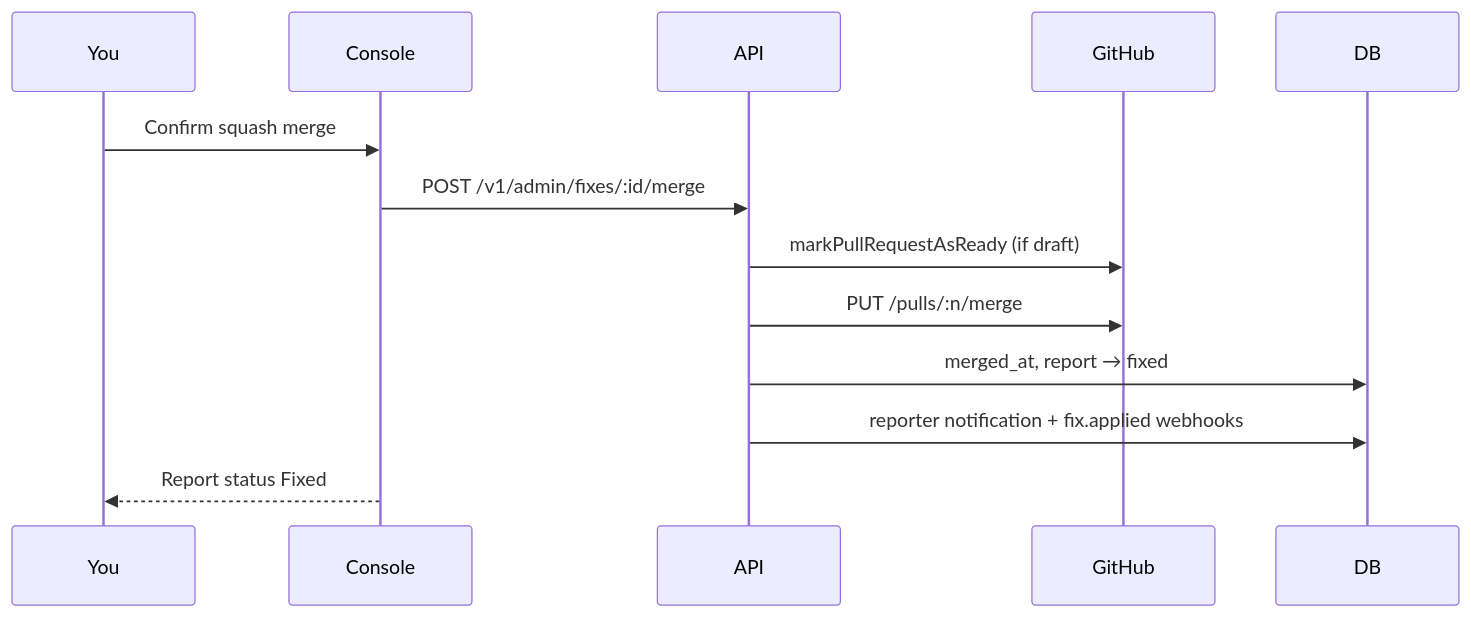
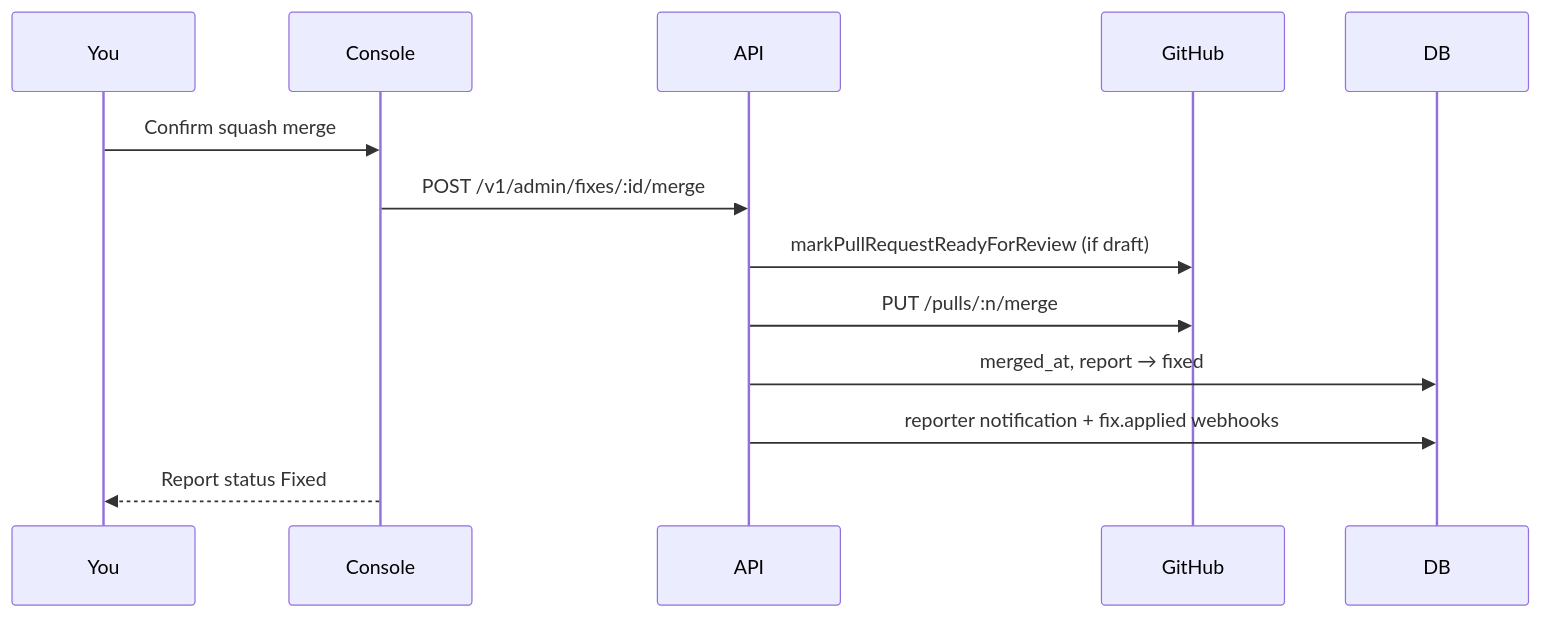
One commit to kensaurus/mushi-mushi changed the diagram in apps/docs/content/admin/fixes.mdx. Above: the diagram before and after it, drawn with Mermaid. The commit also changed other lines of this file and 8 other files, not shown here.

First line of the commit message:
fix(github): undraft PRs with the mutation GitHub has

````diff
--- a/apps/docs/content/admin/fixes.mdx
+++ b/apps/docs/content/admin/fixes.mdx
@@ -194,16 +194,16 @@
 ```mermaid
 sequenceDiagram
   participant You
   participant Console
   participant API
   participant GitHub
   participant DB
 
   You->>Console: Confirm squash merge
   Console->>API: POST /v1/admin/fixes/:id/merge
-  API->>GitHub: markPullRequestAsReady (if draft)
+  API->>GitHub: markPullRequestReadyForReview (if draft)
   API->>GitHub: PUT /pulls/:n/merge
   API->>DB: merged_at, report → fixed
   API->>DB: reporter notification + fix.applied webhooks
   Console-->>You: Report status Fixed
 ```
````
